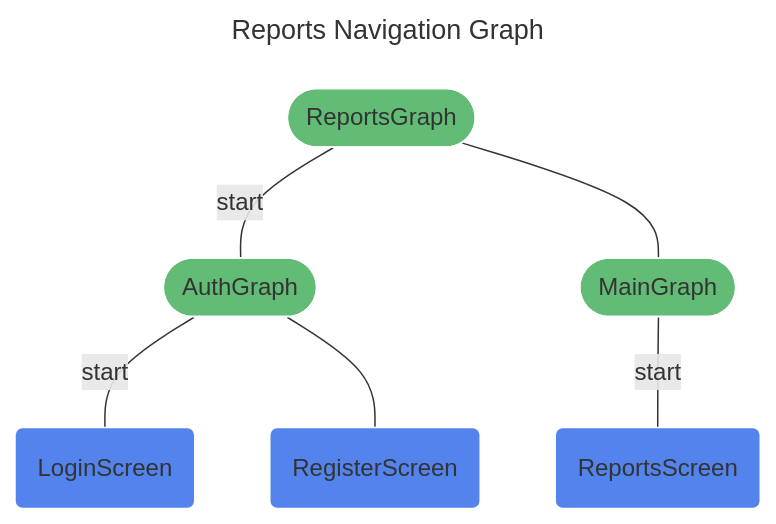
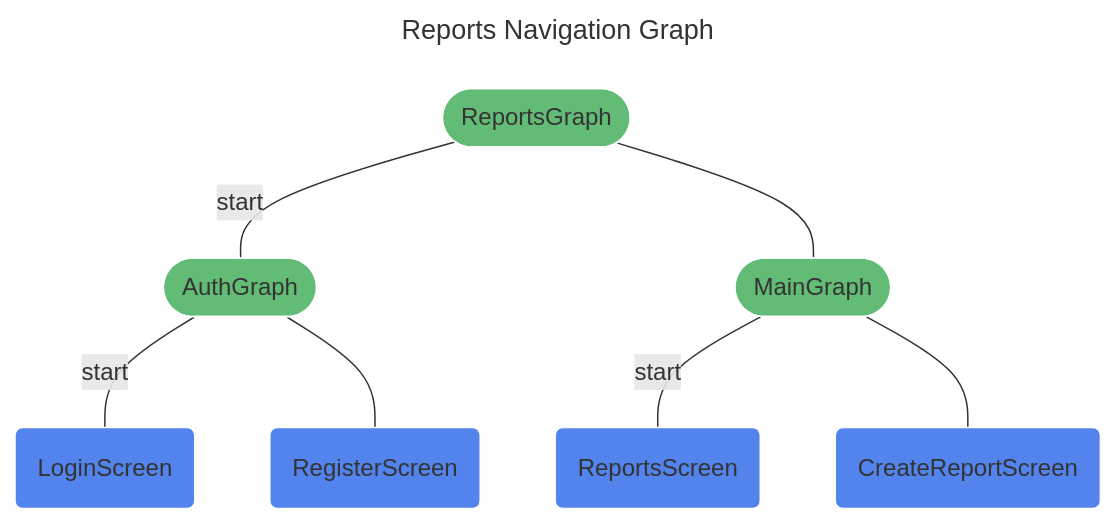
Before and after one commit to fmizielinski/ReportsAndroid: the diagram in docs/ReportsNavGraph.mmd, drawn with Mermaid. The commit also changed 11 other files, not shown here.

Commit message:
RA-5 Add CreateReportScreen

```diff
--- a/docs/ReportsNavGraph.mmd
+++ b/docs/ReportsNavGraph.mmd
@@ -1,16 +1,17 @@
 ---
 title: Reports Navigation Graph
 ---
 %%{init: {'theme':'base', 'themeVariables': { 'primaryTextColor': '#fff' }}%%
 graph TD
 reports(["ReportsGraph"]) -- "start" --- auth(["AuthGraph"])
 reports(["ReportsGraph"]) --- main(["MainGraph"])
 auth(["AuthGraph"]) -- "start" --- Login("LoginScreen")
 auth(["AuthGraph"]) --- Register("RegisterScreen")
 main(["MainGraph"]) -- "start" --- Reports("ReportsScreen")
+main(["MainGraph"]) --- CreateReport("CreateReportScreen")
 
 
 classDef destination fill:#5383EC,stroke:#ffffff;
-class Login,Register,Reports destination;
+class Login,Register,CreateReport,Reports destination;
 classDef navgraph fill:#63BC76,stroke:#ffffff;
 class auth,main,reports,auth,main navgraph;
```
